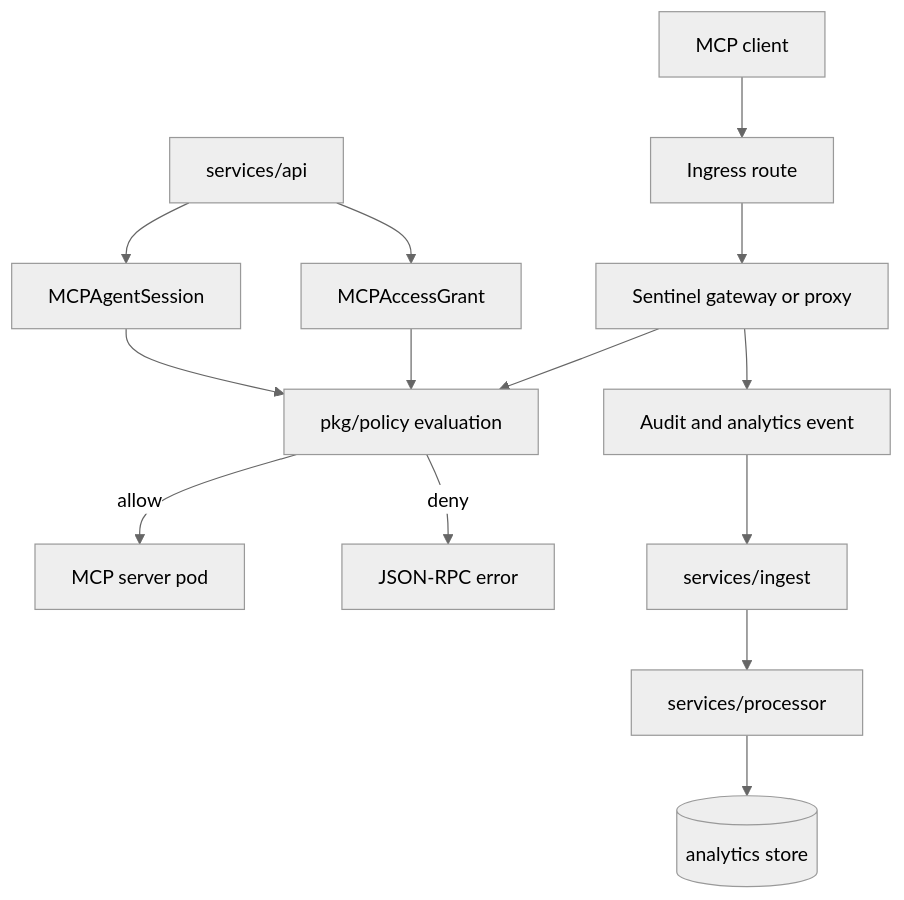
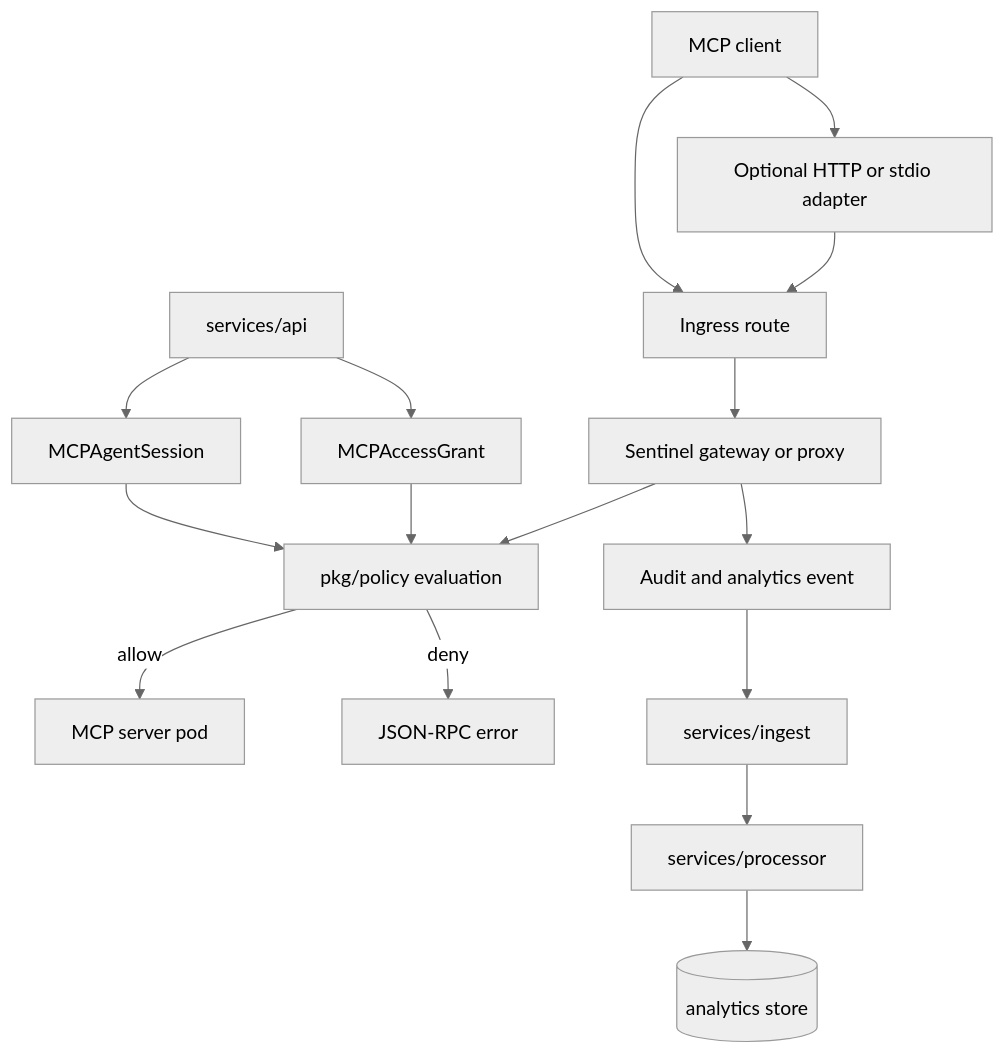
The third of 4 diagrams in docs/internals/README.md (Agent-Hellboy/mcp-runtime), drawn with Mermaid (neutral theme) before and after one commit. The commit also changed other lines of this file and 19 other files, not shown here.

````diff
--- a/docs/internals/README.md
+++ b/docs/internals/README.md
@@ -85,16 +86,18 @@
 ```mermaid
 flowchart TD
-    Client[MCP client] --> Route[Ingress route]
+    Client[MCP client] --> Adapter[Optional HTTP or stdio adapter]
+    Adapter --> Route[Ingress route]
+    Client --> Route
     Route --> Gateway[Sentinel gateway or proxy]
     Gateway --> Authz[pkg/policy evaluation]
     Authz -->|allow| Server[MCP server pod]
     Authz -->|deny| Deny[JSON-RPC error]
     Gateway --> Events[Audit and analytics event]
     Events --> Ingest[services/ingest]
     Ingest --> Processor[services/processor]
     Processor --> Analytics[(analytics store)]
     API[services/api] --> Grants[MCPAccessGrant]
     API --> Sessions[MCPAgentSession]
     Grants --> Authz
     Sessions --> Authz
 ```
````
